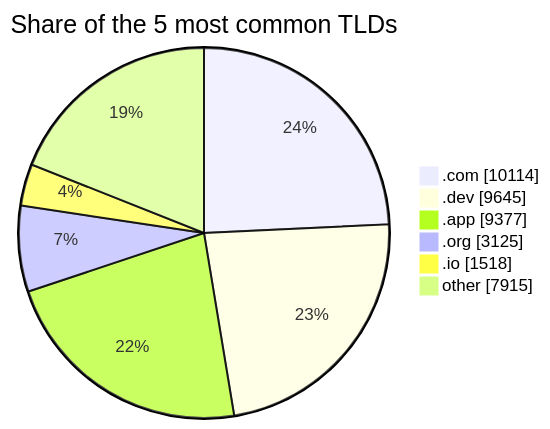
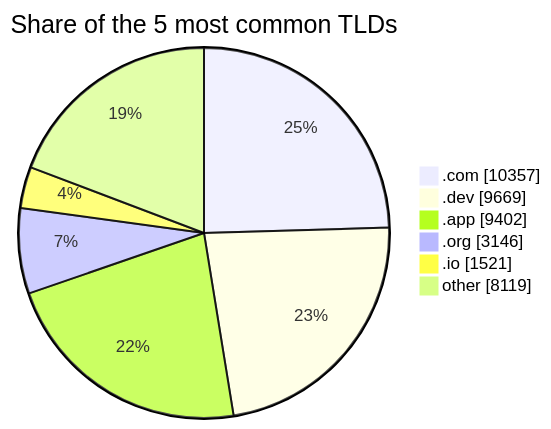
Before and after one commit to DNSBunker/CTI: the third of 3 diagrams in README.md, drawn with Mermaid. The commit also changed other lines of this file and 3 other files, not shown here.

````diff
--- a/README.md
+++ b/README.md
@@ -81,9 +81,9 @@
 ```mermaid
 pie showData title Share of the 5 most common TLDs
-    ".com" : 10114
-    ".dev" : 9645
-    ".app" : 9377
-    ".org" : 3125
-    ".io" : 1518
-    "other" : 7915
+    ".com" : 10357
+    ".dev" : 9669
+    ".app" : 9402
+    ".org" : 3146
+    ".io" : 1521
+    "other" : 8119
 ```
````
